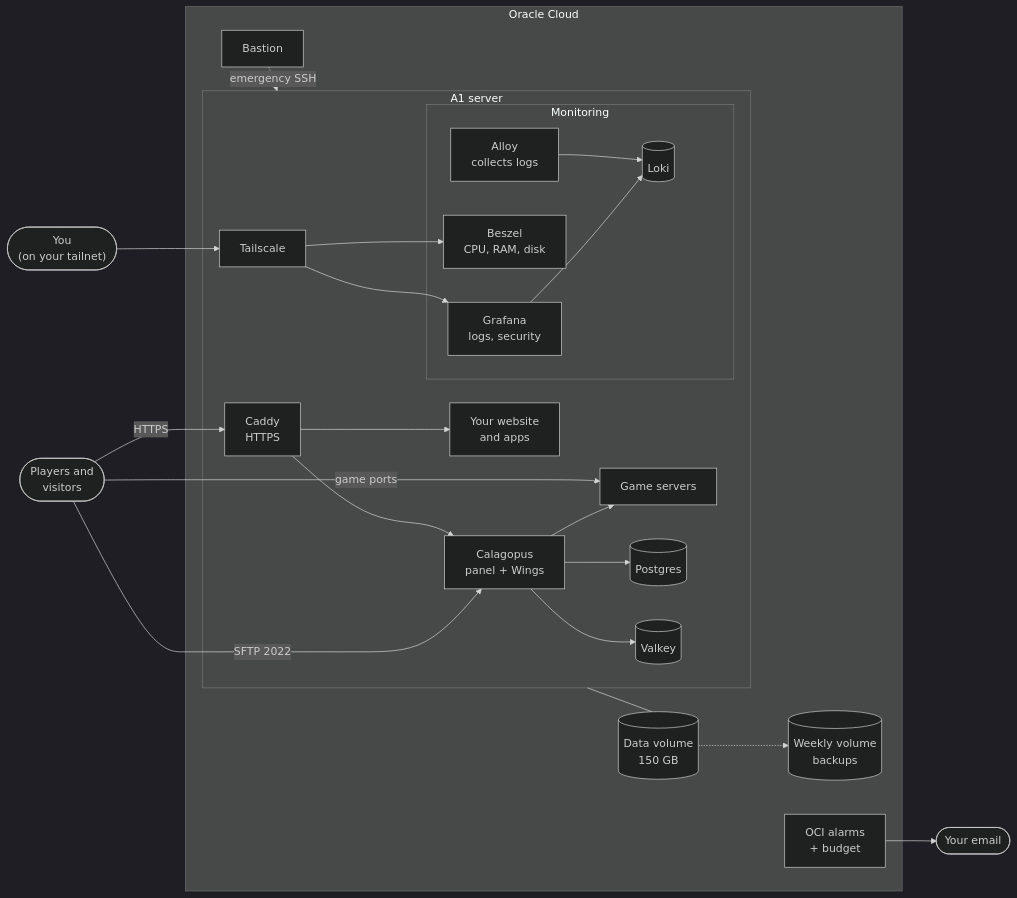
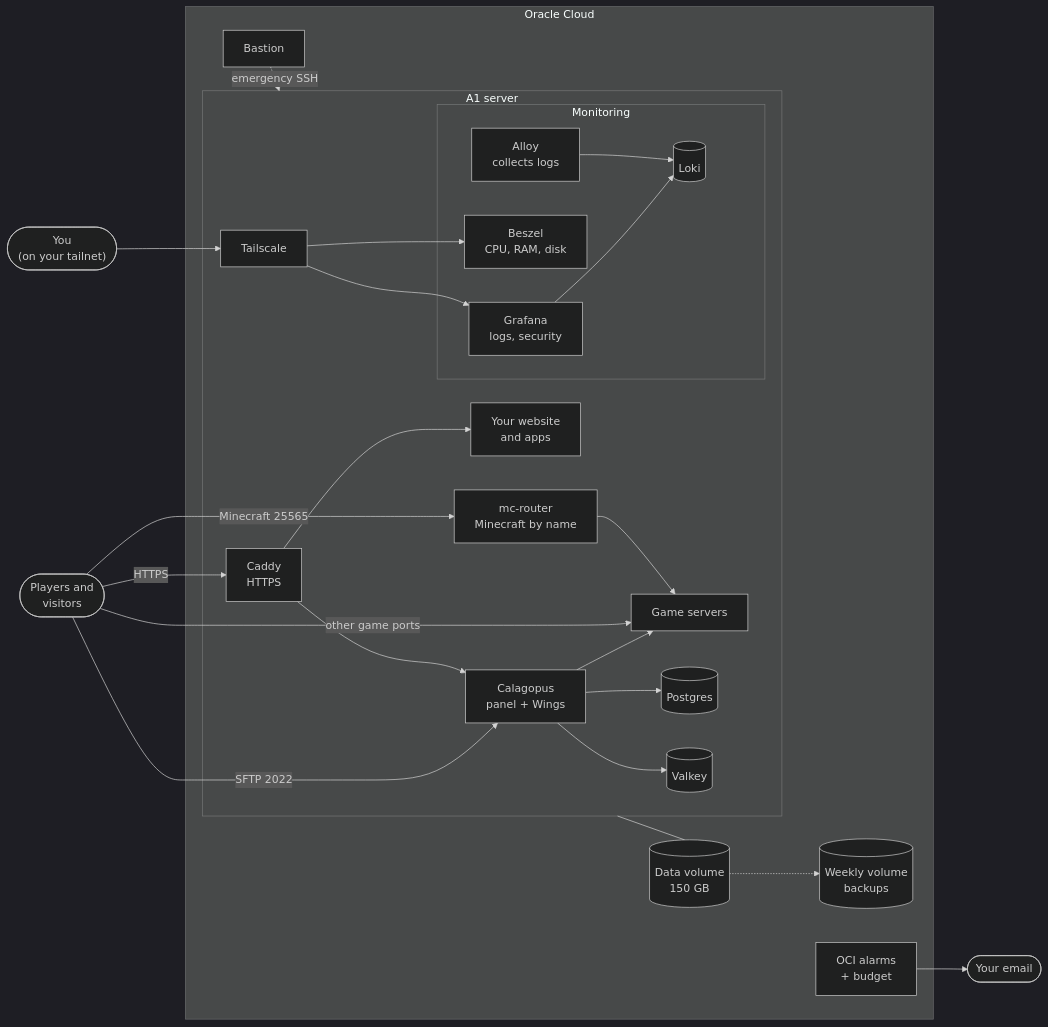
The diagram in README.md (T3sT3ro/oracle-game-server-template), drawn with Mermaid (dark theme) before and after one commit. The commit also changed other lines of this file and 15 other files, not shown here.

First line of the commit message:
Game addresses by name (mc-router), default game ports; nix pins its tools

````diff
--- a/README.md
+++ b/README.md
@@ -17,48 +17,50 @@
 ```mermaid
 flowchart LR
   players(["Players and<br/>visitors"])
   you(["You<br/>(on your tailnet)"])
 
   subgraph oci["Oracle Cloud"]
     subgraph server["A1 server"]
       caddy["Caddy<br/>HTTPS"]
       sites["Your website<br/>and apps"]
       panel["Calagopus<br/>panel + Wings"]
+      router["mc-router<br/>Minecraft by name"]
       games["Game servers"]
       db[("Postgres")]
       cache[("Valkey")]
       ts["Tailscale"]
       subgraph mon["Monitoring"]
         grafana["Grafana<br/>logs, security"]
         beszel["Beszel<br/>CPU, RAM, disk"]
         alloy["Alloy<br/>collects logs"]
         loki[("Loki")]
       end
     end
     disk[("Data volume<br/>150 GB")]
     snap[("Weekly volume<br/>backups")]
     alarms["OCI alarms<br/>+ budget"]
     bastion["Bastion"]
   end
 
   mail(["Your email"])
 
   players -- "HTTPS" --> caddy --> panel
   caddy --> sites
   players -- "SFTP 2022" --> panel
-  players -- "game ports" --> games
+  players -- "Minecraft 25565" --> router --> games
+  players -- "other game ports" --> games
   panel --> games
   panel --> db
   panel --> cache
 
   you --> ts
   ts --> grafana
   ts --> beszel
   alloy --> loki
   grafana --> loki
 
   server --- disk
   disk -.-> snap
   alarms --> mail
   bastion -. "emergency SSH" .-> server
 ```
````
